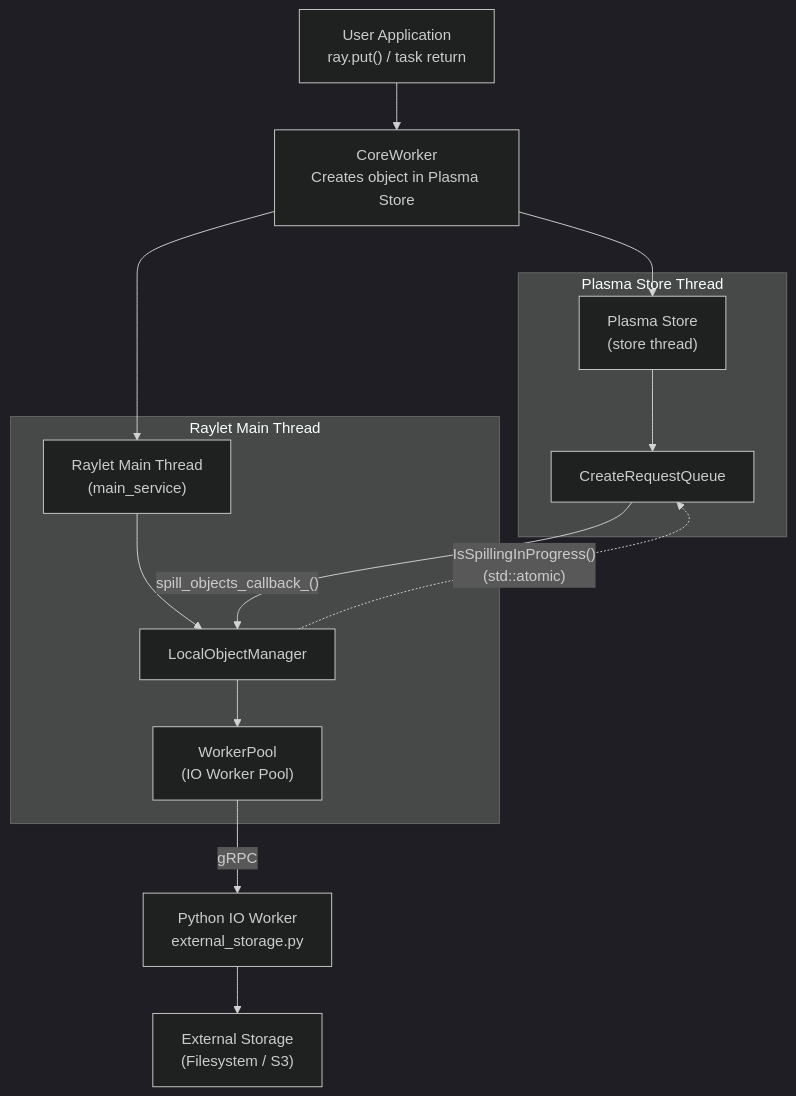
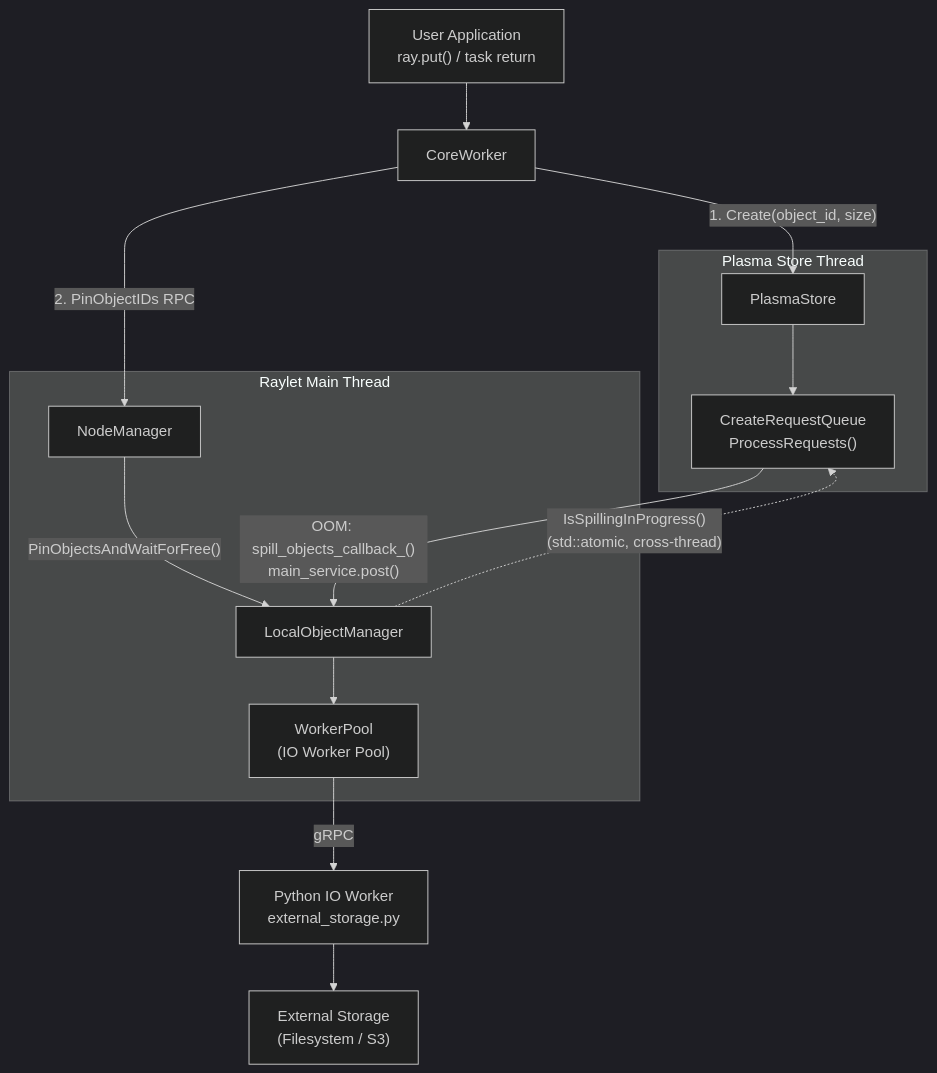
One commit to ray-project/ray changed the first of 5 diagrams in doc/source/ray-core/internals/object-spill.md. Above: the diagram before and after it, drawn with Mermaid (dark theme).

````diff
--- a/doc/source/ray-core/internals/object-spill.md
+++ b/doc/source/ray-core/internals/object-spill.md
@@ -22,21 +22,22 @@
 ```mermaid
 flowchart TD
-    A["User Application<br/>ray.put() / task return"] --> B["CoreWorker<br/>Creates object in Plasma Store"]
-    B --> C["Plasma Store<br/>(store thread)"]
-    B --> D["Raylet Main Thread<br/>(main_service)"]
+    A["User Application<br/>ray.put() / task return"] --> B["CoreWorker"]
+
+    B -- "1. Create(object_id, size)" --> C["PlasmaStore"]
+    B -- "2. PinObjectIDs RPC" --> NM["NodeManager"]
 
     subgraph PlasmaThread["Plasma Store Thread"]
-        C --> E["CreateRequestQueue"]
+        C --> E["CreateRequestQueue<br/>ProcessRequests()"]
     end
 
     subgraph RayletThread["Raylet Main Thread"]
-        D --> F["LocalObjectManager"]
+        NM -- "PinObjectsAndWaitForFree()" --> F["LocalObjectManager"]
         F --> G["WorkerPool<br/>(IO Worker Pool)"]
     end
 
-    E -- "spill_objects_callback_()" --> F
-    F -. "IsSpillingInProgress()<br/>(std::atomic)" .-> E
+    E -- "OOM: spill_objects_callback_()<br/>main_service.post()" --> F
+    F -. "IsSpillingInProgress()<br/>(std::atomic, cross-thread)" .-> E
 
     G -- "gRPC" --> H["Python IO Worker<br/>external_storage.py"]
     H --> I["External Storage<br/>(Filesystem / S3)"]
 ```
````
